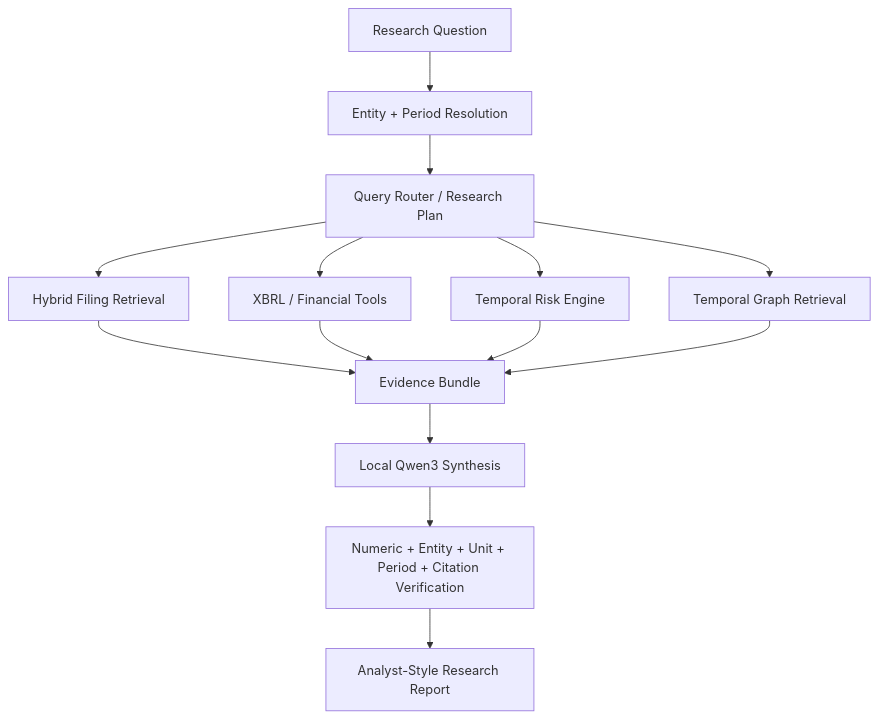
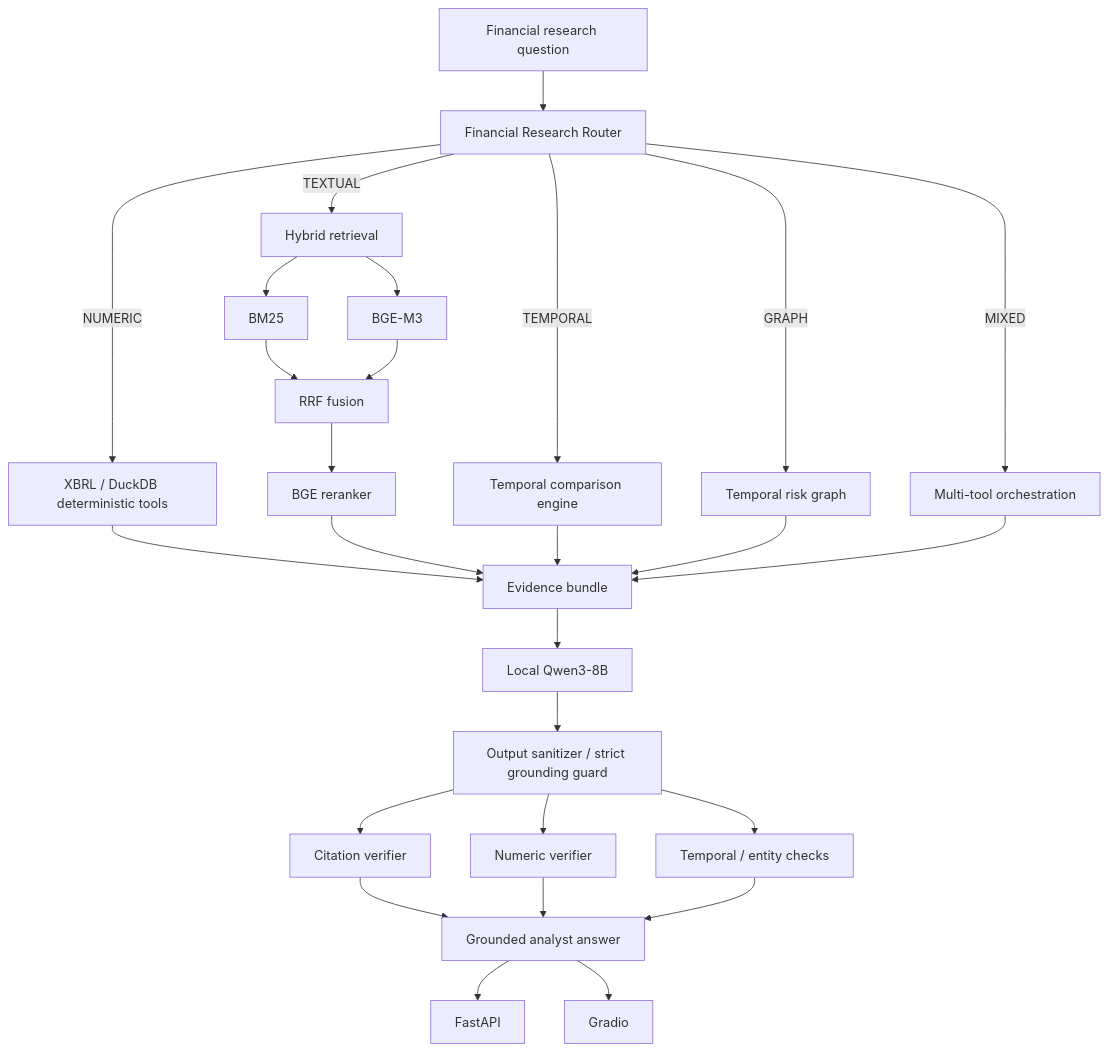
Before and after one commit to unit-mole/filingsgraph-agentic-rag: the diagram in README.md, drawn with Mermaid. The commit also changed other lines of this file and 1 other file, not shown here.

````diff
--- a/README.md
+++ b/README.md
@@ -45,18 +256,36 @@
 ```mermaid
 flowchart TD
-    U[Research Question] --> ER[Entity + Period Resolution]
-    ER --> QR[Query Router / Research Plan]
-    QR --> TR[Hybrid Filing Retrieval]
-    QR --> XR[XBRL / Financial Tools]
-    QR --> TA[Temporal Risk Engine]
-    QR --> GR[Temporal Graph Retrieval]
+    Q[Financial research question] --> R[Financial Research Router]
 
-    TR --> E[Evidence Bundle]
-    XR --> E
-    TA --> E
-    GR --> E
+    R -->|NUMERIC| X[XBRL / DuckDB deterministic tools]
+    R -->|TEXTUAL| H[Hybrid retrieval]
+    R -->|TEMPORAL| T[Temporal comparison engine]
+    R -->|GRAPH| G[Temporal risk graph]
+    R -->|MIXED| M[Multi-tool orchestration]
 
-    E --> L[Local Qwen3 Synthesis]
-    L --> V[Numeric + Entity + Unit + Period + Citation Verification]
-    V --> R[Analyst-Style Research Report]
+    H --> B[BM25]
+    H --> D[BGE-M3]
+    B --> F[RRF fusion]
+    D --> F
+    F --> RR[BGE reranker]
+
+    X --> E[Evidence bundle]
+    RR --> E
+    T --> E
+    G --> E
+    M --> E
+
+    E --> L[Local Qwen3-8B]
+    L --> O[Output sanitizer / strict grounding guard]
+
+    O --> C[Citation verifier]
+    O --> N[Numeric verifier]
+    O --> TV[Temporal / entity checks]
+
+    C --> A[Grounded analyst answer]
+    N --> A
+    TV --> A
+
+    A --> API[FastAPI]
+    A --> UI[Gradio]
 ```
````
